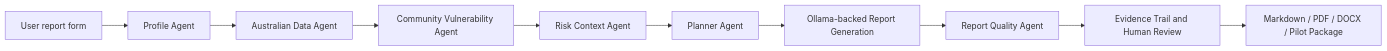
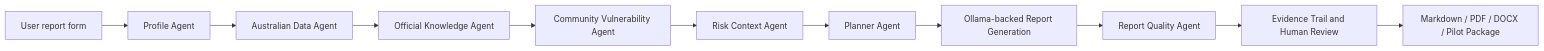
Before and after one commit to shuxiachai/BushfireReadyGPT: the diagram in README.md, drawn with Mermaid. The commit also changed other lines of this file and 103 other files, not shown here.

````diff
--- a/README.md
+++ b/README.md
@@ -205,12 +275,13 @@
 ```mermaid
 flowchart LR
     A[User report form] --> B[Profile Agent]
     B --> C[Australian Data Agent]
-    C --> D[Community Vulnerability Agent]
-    D --> E[Risk Context Agent]
-    E --> F[Planner Agent]
-    F --> G[Ollama-backed Report Generation]
-    G --> H[Report Quality Agent]
-    H --> I[Evidence Trail and Human Review]
-    I --> J[Markdown / PDF / DOCX / Pilot Package]
+    C --> D[Official Knowledge Agent]
+    D --> E[Community Vulnerability Agent]
+    E --> F[Risk Context Agent]
+    F --> G[Planner Agent]
+    G --> H[Ollama-backed Report Generation]
+    H --> I[Report Quality Agent]
+    I --> J[Evidence Trail and Human Review]
+    J --> K[Markdown / PDF / DOCX / Pilot Package]
 ```
````
